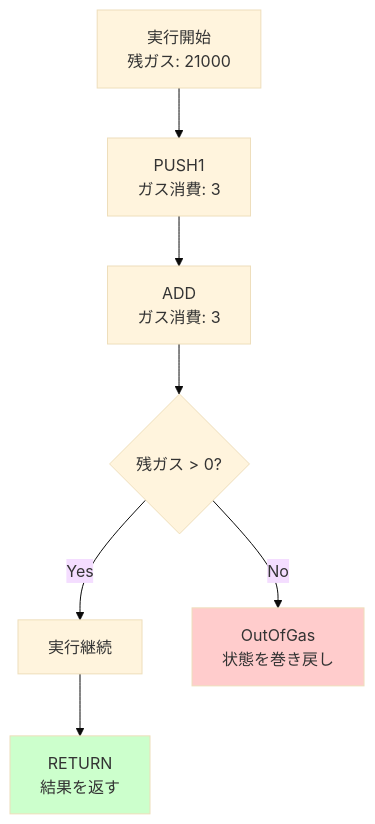
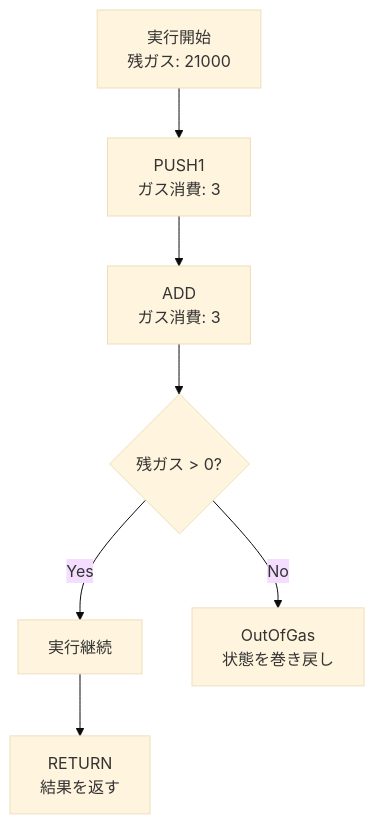
The sixth of 7 diagrams in books/zig-blockchain/chapter9.md (susumutomita/zenn-article), drawn with Mermaid (base theme) before and after one commit. The commit also changed other lines of this file and 10 other files, not shown here.

First line of the commit message:
Zig本を無料公開しMermaid表示を修正する (#257)

````diff
--- a/books/zig-blockchain/chapter9.md
+++ b/books/zig-blockchain/chapter9.md
@@ -337,12 +337,10 @@
 ```mermaid
 graph TD
     Start[実行開始<br/>残ガス: 21000] --> Exec1[PUSH1<br/>ガス消費: 3]
     Exec1 --> Exec2[ADD<br/>ガス消費: 3]
     Exec2 --> Check{残ガス > 0?}
     Check -->|Yes| Continue[実行継続]
     Check -->|No| Revert[OutOfGas<br/>状態を巻き戻し]
     Continue --> Return[RETURN<br/>結果を返す]
 
-    style Revert fill:#ffcccc
-    style Return fill:#ccffcc
 ```
````
